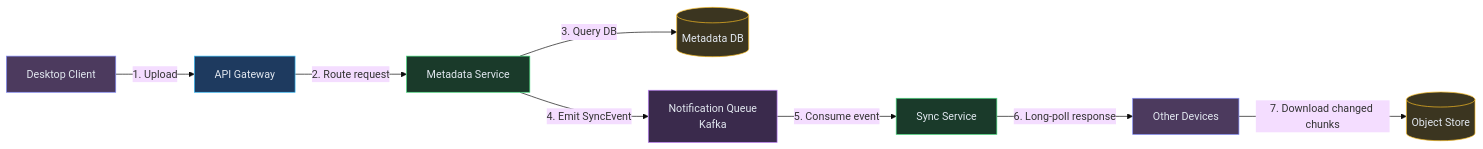
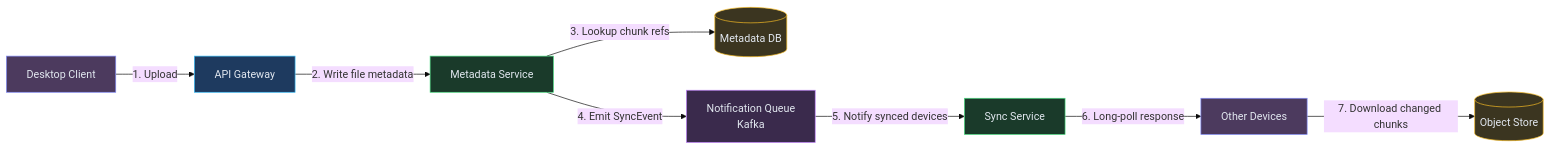
One commit to iluzn/HLD-Designs changed the third of 7 diagrams in content/hld/Dropbox.md. Above: the diagram before and after it, drawn with Mermaid (base theme). The commit also changed other lines of this file and 27 other files, not shown here.

````diff
--- a/content/hld/Dropbox.md
+++ b/content/hld/Dropbox.md
@@ -214,25 +214,25 @@
 ```mermaid
 flowchart LR
     CLIENT["Desktop Client"]:::client
     API["API Gateway"]:::edge
     META["Metadata Service"]:::service
     METADB[("Metadata DB")]:::data
     OBJSTORE[("Object Store")]:::data
     SYNC["Sync Service"]:::service
     QUEUE["Notification Queue<br/>Kafka"]:::async
     CLIENT2["Other Devices"]:::client
 
     CLIENT -->|"1. Upload"| API
-    API -->|"2. Route request"| META
-    META -->|"3. Query DB"| METADB
+    API -->|"2. Write file metadata"| META
+    META -->|"3. Lookup chunk refs"| METADB
     META -->|"4. Emit SyncEvent"| QUEUE
-    QUEUE -->|"5. Consume event"| SYNC
+    QUEUE -->|"5. Notify synced devices"| SYNC
     SYNC -->|"6. Long-poll response"| CLIENT2
     CLIENT2 -->|"7. Download changed chunks"| OBJSTORE
 
     classDef client fill:#4c3a5e,stroke:#818cf8,color:#e2e8f0
     classDef edge fill:#1e3a5f,stroke:#38bdf8,color:#e2e8f0
     classDef service fill:#1a3a2a,stroke:#4ade80,color:#e2e8f0
     classDef data fill:#3b3520,stroke:#fbbf24,color:#e2e8f0
     classDef async fill:#3a2a4c,stroke:#c084fc,color:#e2e8f0
 ```
````
